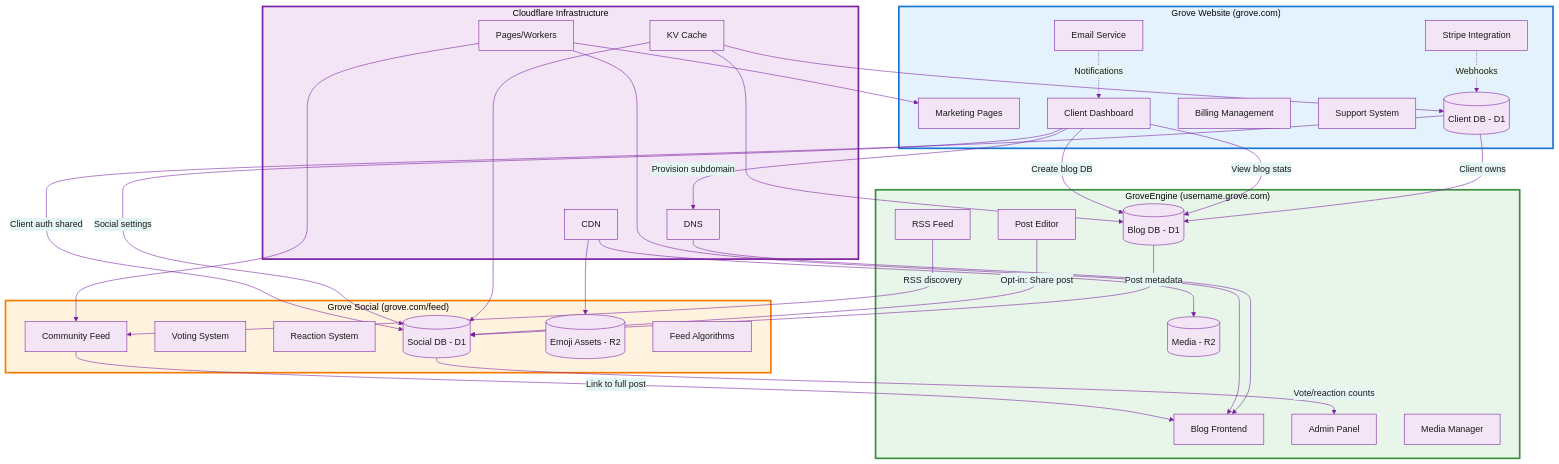
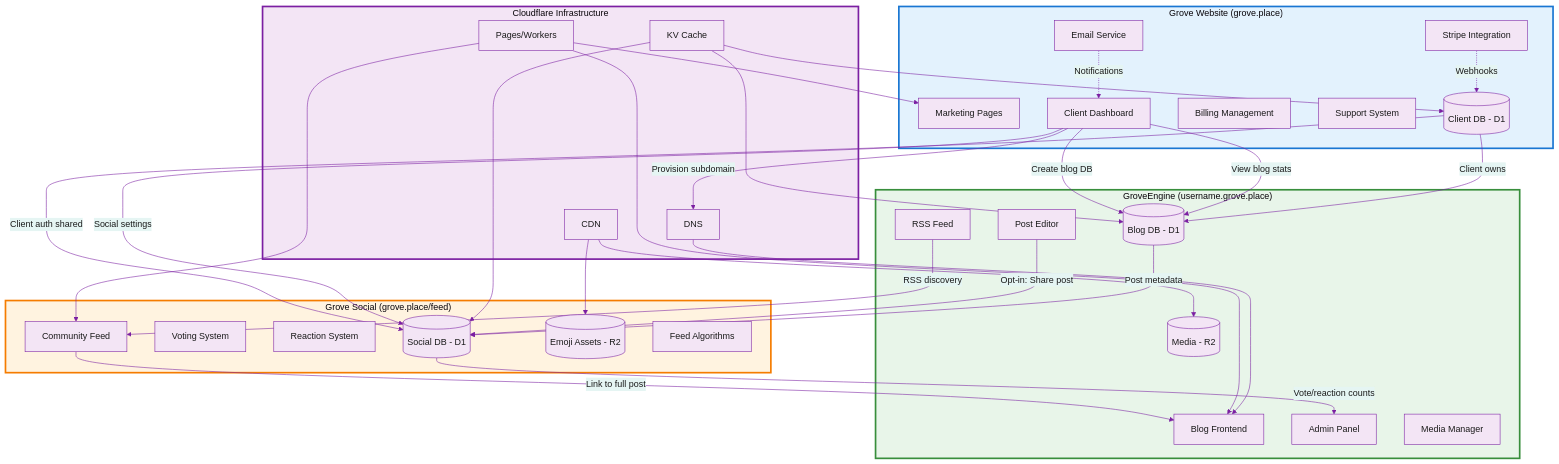
One commit to AutumnsGrove/GroveEngine changed the eighth of 20 diagrams in docs/diagrams.md. Above: the diagram before and after it, drawn with Mermaid. The commit also changed other lines of this file and 11 other files, not shown here.

First line of the commit message:
docs: Update domain to grove.place and move to Phase 0.1

````diff
--- a/docs/diagrams.md
+++ b/docs/diagrams.md
@@ -502,73 +502,73 @@
 ```mermaid
 %%{init: {'theme': 'base', 'themeVariables': {'primaryColor': '#f3e5f5', 'primaryTextColor': '#1a1a1a', 'primaryBorderColor': '#7b1fa2', 'lineColor': '#7b1fa2', 'background': '#ffffff'}}}%%
 flowchart TB
-    subgraph website["Grove Website (grove.com)"]
+    subgraph website["Grove Website (grove.place)"]
         W1[Marketing Pages]
         W2[Client Dashboard]
         W3[Billing Management]
         W4[Support System]
         W5[(Client DB - D1)]
         W6[Stripe Integration]
         W7[Email Service]
     end
 
-    subgraph engine["GroveEngine (username.grove.com)"]
+    subgraph engine["GroveEngine (username.grove.place)"]
         E1[Blog Frontend]
         E2[Admin Panel]
         E3[Post Editor]
         E4[Media Manager]
         E5[(Blog DB - D1)]
         E6[(Media - R2)]
         E7[RSS Feed]
     end
 
-    subgraph social["Grove Social (grove.com/feed)"]
+    subgraph social["Grove Social (grove.place/feed)"]
         S1[Community Feed]
         S2[Voting System]
         S3[Reaction System]
         S4[(Social DB - D1)]
         S5[(Emoji Assets - R2)]
         S6[Feed Algorithms]
     end
 
     subgraph cloudflare["Cloudflare Infrastructure"]
         CF1[Pages/Workers]
         CF2[KV Cache]
         CF3[CDN]
         CF4[DNS]
     end
 
     %% Website to Engine flows
     W2 -->|"Provision subdomain"| CF4
     W2 -->|"Create blog DB"| E5
     W2 -->|"View blog stats"| E5
     W5 -->|"Client owns"| E5
 
     %% Engine to Social flows
     E3 -->|"Opt-in: Share post"| S4
     E5 -->|"Post metadata"| S4
     E7 -->|"RSS discovery"| S1
 
     %% Social to Engine flows
     S1 -->|"Link to full post"| E1
     S4 -->|"Vote/reaction counts"| E2
 
     %% Website to Social flows
     W5 -->|"Client auth shared"| S4
     W2 -->|"Social settings"| S4
 
     %% Infrastructure connections
     CF1 --> W1 & E1 & S1
     CF2 --> W5 & E5 & S4
     CF3 --> E6 & S5
     CF4 --> E1
 
     %% External services
     W6 -.->|"Webhooks"| W5
     W7 -.->|"Notifications"| W2
 
     style website fill:#e3f2fd,stroke:#1976d2,stroke-width:3px
     style engine fill:#e8f5e9,stroke:#388e3c,stroke-width:3px
     style social fill:#fff3e0,stroke:#f57c00,stroke-width:3px
     style cloudflare fill:#f3e5f5,stroke:#7b1fa2,stroke-width:3px
 ```
````
